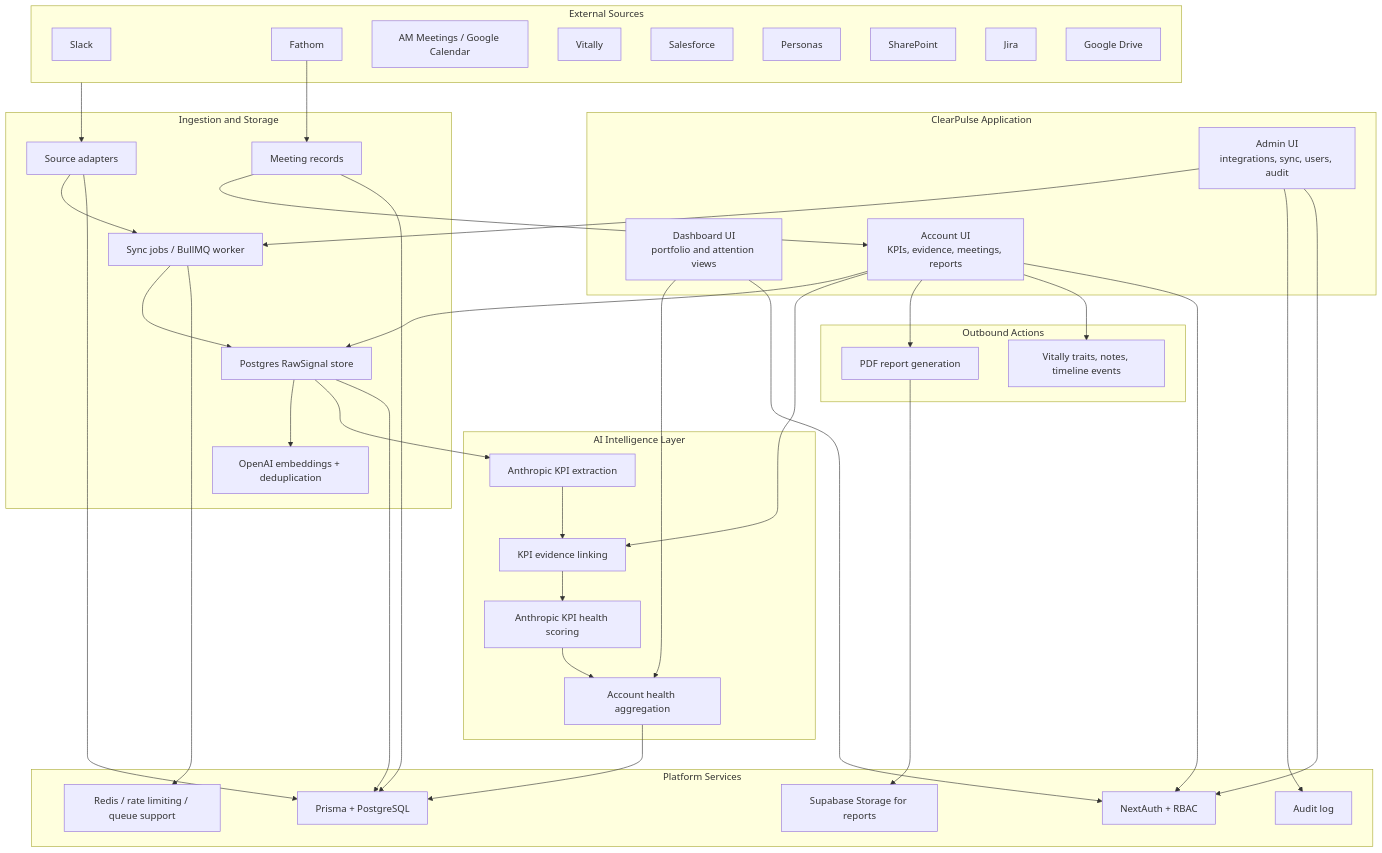
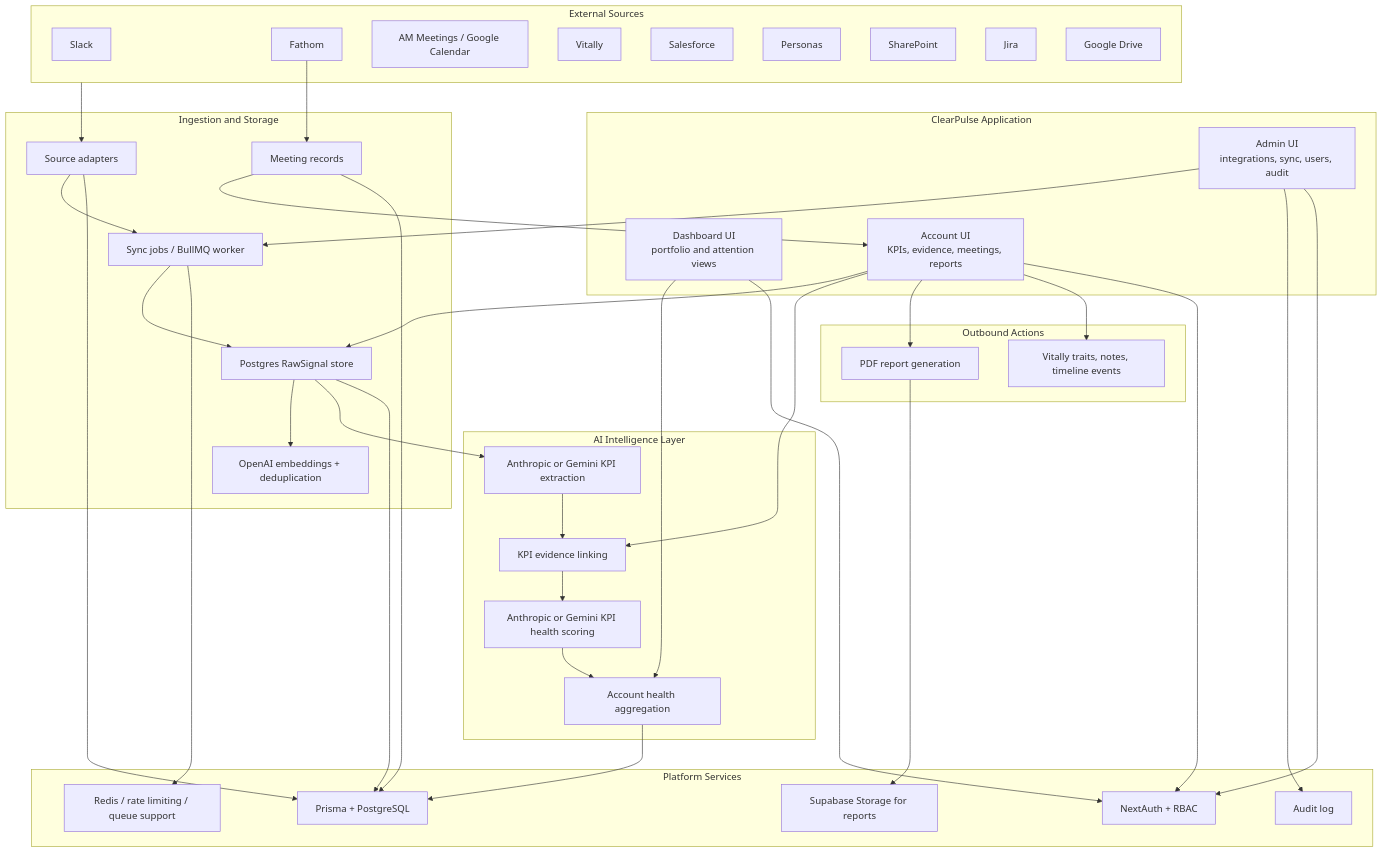
The third of 4 diagrams in docs/product-architecture-and-ai-flow.md (skandvj/clearpulse-ai), drawn with Mermaid before and after one commit. The commit also changed other lines of this file and 20 other files, not shown here.

Commit message:
Upgrade Fathom and in-app support flows

````diff
--- a/docs/product-architecture-and-ai-flow.md
+++ b/docs/product-architecture-and-ai-flow.md
@@ -76,72 +76,72 @@
 ```mermaid
 flowchart TB
   subgraph Sources["External Sources"]
     Slack["Slack"]
     Fathom["Fathom"]
     AM["AM Meetings / Google Calendar"]
     Vitally["Vitally"]
     Salesforce["Salesforce"]
     Personas["Personas"]
     SharePoint["SharePoint"]
     Jira["Jira"]
     GDrive["Google Drive"]
   end
 
   subgraph App["ClearPulse Application"]
     Admin["Admin UI<br/>integrations, sync, users, audit"]
     Dashboard["Dashboard UI<br/>portfolio and attention views"]
     AccountUI["Account UI<br/>KPIs, evidence, meetings, reports"]
   end
 
   subgraph Ingestion["Ingestion and Storage"]
     Adapters["Source adapters"]
     Queue["Sync jobs / BullMQ worker"]
     RawSignals["Postgres RawSignal store"]
     Embeddings["OpenAI embeddings + deduplication"]
     Meetings["Meeting records"]
   end
 
   subgraph Intelligence["AI Intelligence Layer"]
-    Extract["Anthropic KPI extraction"]
+    Extract["Anthropic or Gemini KPI extraction"]
     Evidence["KPI evidence linking"]
-    Score["Anthropic KPI health scoring"]
+    Score["Anthropic or Gemini KPI health scoring"]
     Aggregate["Account health aggregation"]
   end
 
   subgraph Platform["Platform Services"]
     Prisma["Prisma + PostgreSQL"]
     Redis["Redis / rate limiting / queue support"]
     Auth["NextAuth + RBAC"]
     Storage["Supabase Storage for reports"]
     Audit["Audit log"]
   end
 
   subgraph Outbound["Outbound Actions"]
     PDF["PDF report generation"]
     VitallyPush["Vitally traits, notes, timeline events"]
   end
 
   Sources --> Adapters --> Queue --> RawSignals
   RawSignals --> Embeddings
   RawSignals --> Extract --> Evidence --> Score --> Aggregate
   Fathom --> Meetings
   Meetings --> AccountUI
 
   Admin --> Queue
   Admin --> Audit
   Dashboard --> Aggregate
   AccountUI --> RawSignals
   AccountUI --> Evidence
   AccountUI --> PDF
   AccountUI --> VitallyPush
 
   Adapters --> Prisma
   RawSignals --> Prisma
   Meetings --> Prisma
   Aggregate --> Prisma
   Admin --> Auth
   Dashboard --> Auth
   AccountUI --> Auth
   Queue --> Redis
   PDF --> Storage
 ```
````
